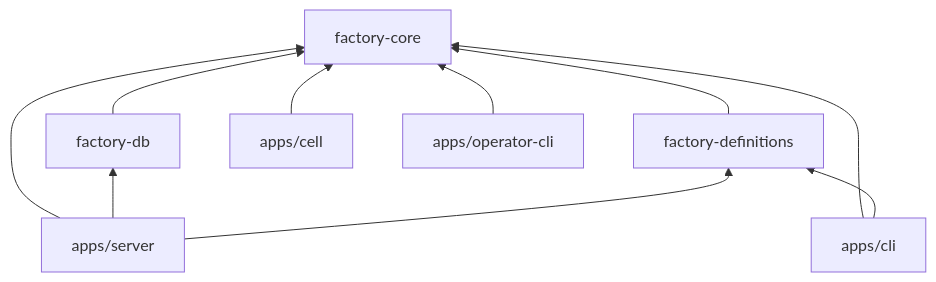
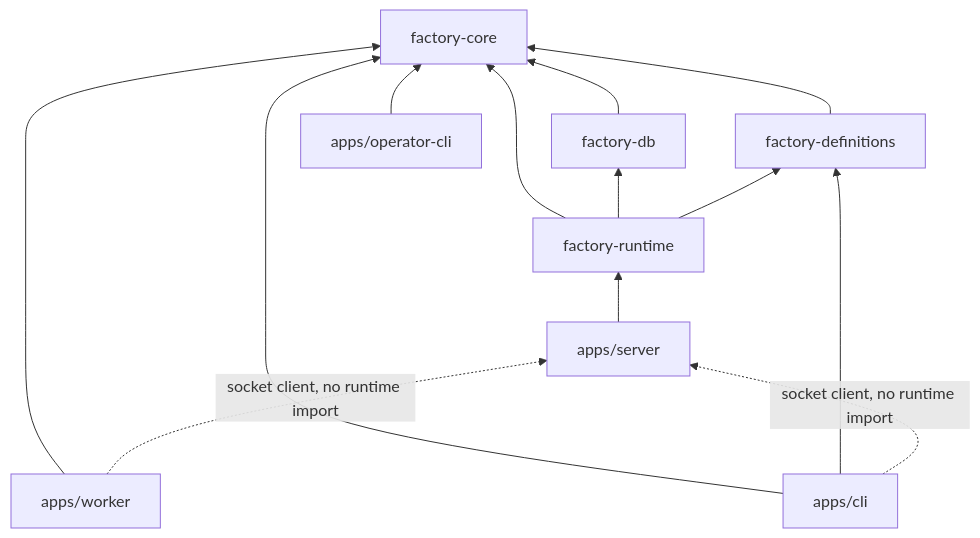
Before and after one commit to xyashino/software-factory: the diagram in docs/STRUCTURE.md, drawn with Mermaid. The commit also changed other lines of this file and 48 other files, not shown here.

Commit message:
docs: restructure architecture around local socket server

````diff
--- a/docs/STRUCTURE.md
+++ b/docs/STRUCTURE.md
@@ -96,13 +94,16 @@
 ```mermaid
 flowchart BT
   core["factory-core"]
   defs["factory-definitions"] --> core
   db["factory-db"] --> core
-  server["apps/server"] --> core
-  server --> db
-  server --> defs
-  cell["apps/cell"] --> core
+  runtime["factory-runtime"] --> core
+  runtime --> db
+  runtime --> defs
+  server["apps/server"] --> runtime
+  worker["apps/worker"] --> core
+  worker -.->|"socket client, no runtime import"| server
   cli["apps/cli"] --> core
   cli --> defs
+  cli -.->|"socket client, no runtime import"| server
   op["apps/operator-cli"] --> core
 ```
````
